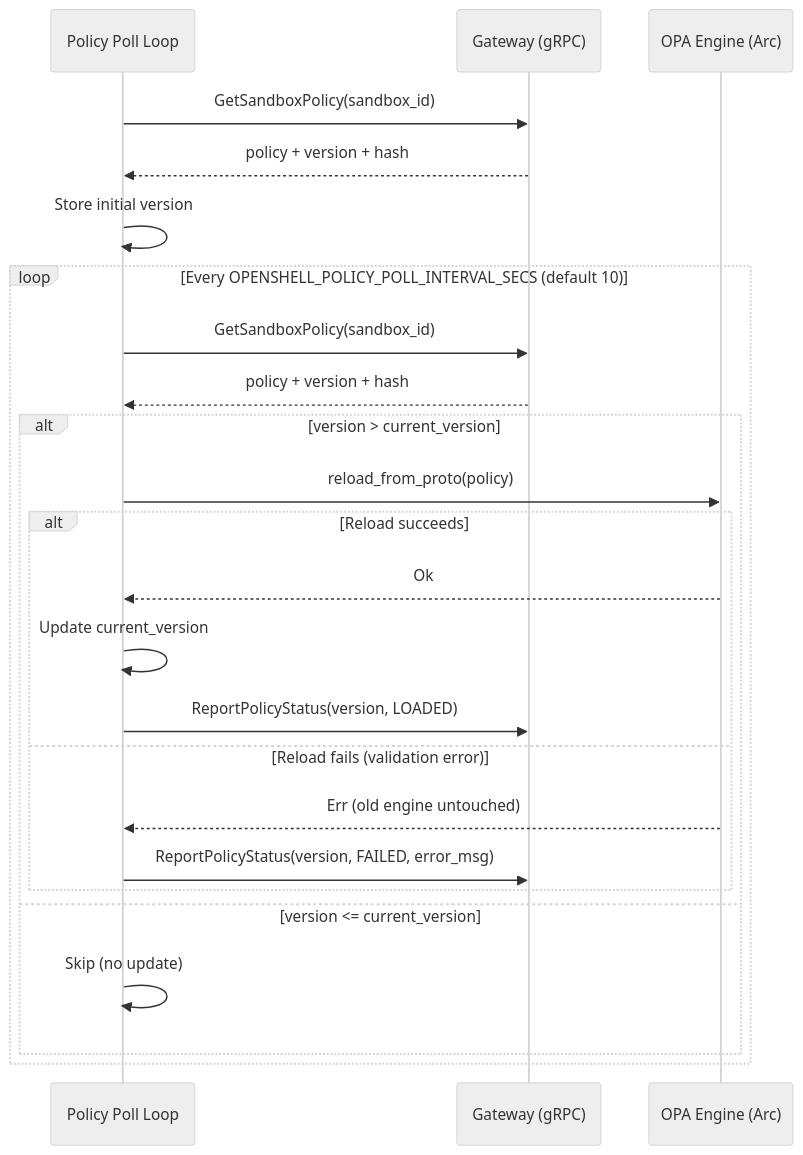
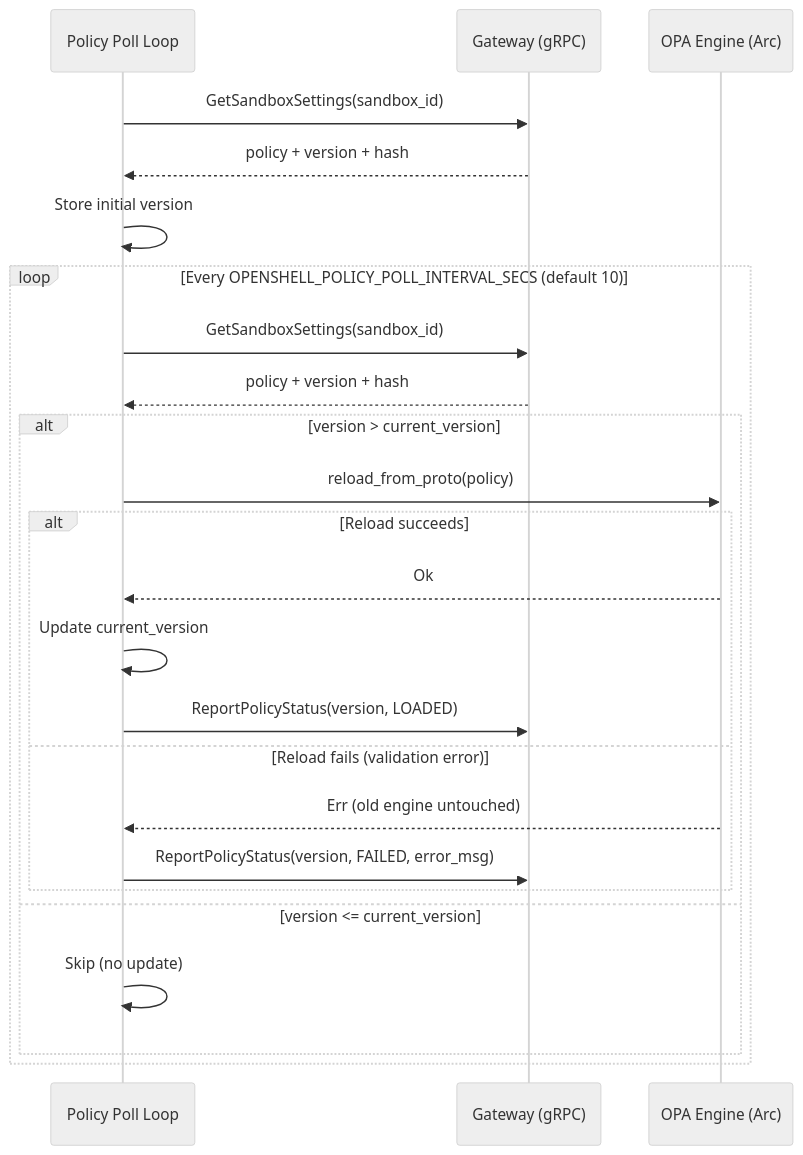
Before and after one commit to NVIDIA/OpenShell: the third of 10 diagrams in architecture/sandbox.md, drawn with Mermaid (neutral theme). The commit also changed other lines of this file and 25 other files, not shown here.

Commit message:
feat(settings): wip sandbox settings channel and typed registry

````diff
--- a/architecture/sandbox.md
+++ b/architecture/sandbox.md
@@ -318,28 +318,28 @@
 ```mermaid
 sequenceDiagram
     participant PL as Policy Poll Loop
     participant GW as Gateway (gRPC)
     participant OPA as OPA Engine (Arc)
 
-    PL->>GW: GetSandboxPolicy(sandbox_id)
+    PL->>GW: GetSandboxSettings(sandbox_id)
     GW-->>PL: policy + version + hash
     PL->>PL: Store initial version
 
     loop Every OPENSHELL_POLICY_POLL_INTERVAL_SECS (default 10)
-        PL->>GW: GetSandboxPolicy(sandbox_id)
+        PL->>GW: GetSandboxSettings(sandbox_id)
         GW-->>PL: policy + version + hash
         alt version > current_version
             PL->>OPA: reload_from_proto(policy)
             alt Reload succeeds
                 OPA-->>PL: Ok
                 PL->>PL: Update current_version
                 PL->>GW: ReportPolicyStatus(version, LOADED)
             else Reload fails (validation error)
                 OPA-->>PL: Err (old engine untouched)
                 PL->>GW: ReportPolicyStatus(version, FAILED, error_msg)
             end
         else version <= current_version
             PL->>PL: Skip (no update)
         end
     end
 ```
````
